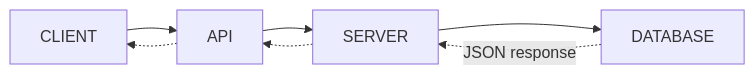
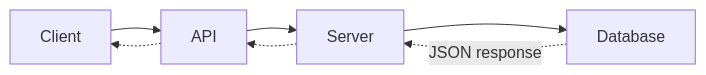
Before and after one commit to Unishkabisht/dev-learning-journal: the second of 4 diagrams in api/README.md, drawn with Mermaid. The commit also changed other lines of this file, not shown here.

````diff
--- a/api/README.md
+++ b/api/README.md
@@ -413,5 +388,5 @@
 ```mermaid
 flowchart LR
-    Client["CLIENT"] --> API["API"] --> Server["SERVER"] --> DB["DATABASE"]
-    DB -.->|JSON response| Server -.-> API -.-> Client
+    Client --> API --> Server --> Database
+    Database -.JSON response.-> Server -.-> API -.-> Client
 ```
````
